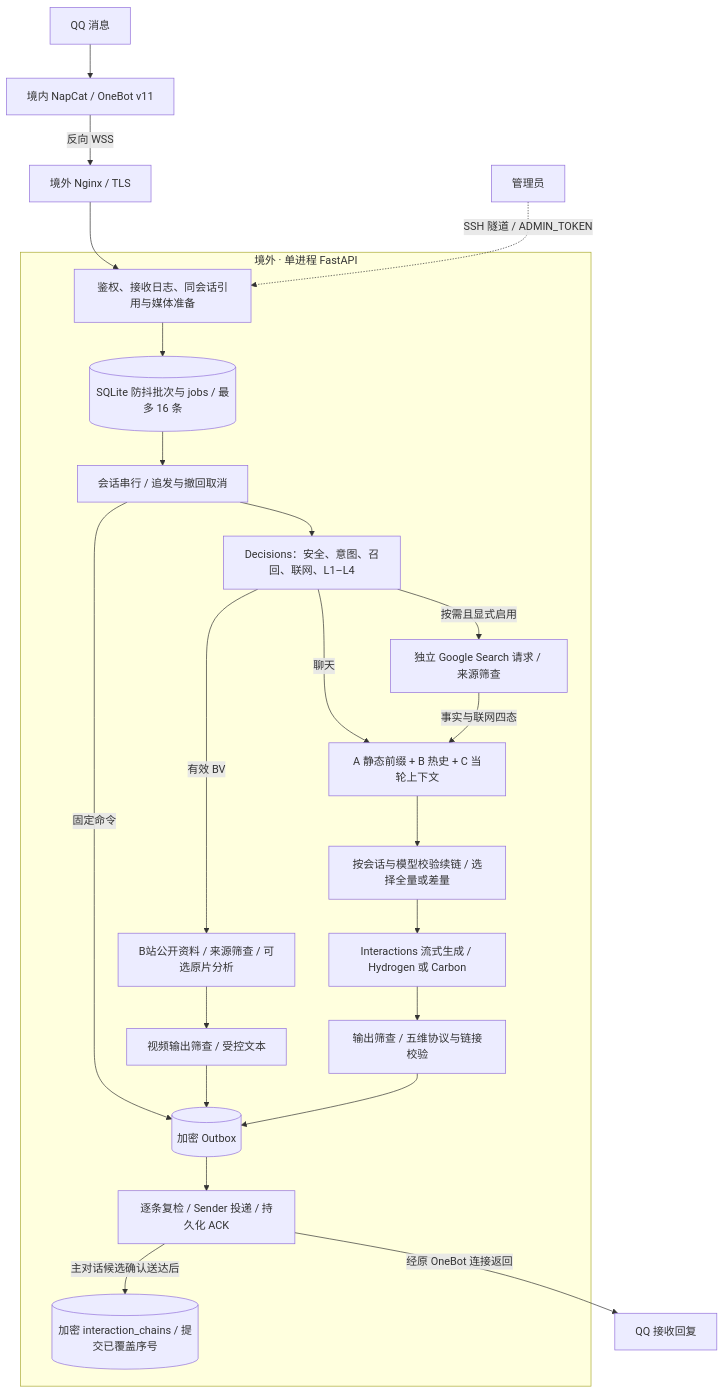
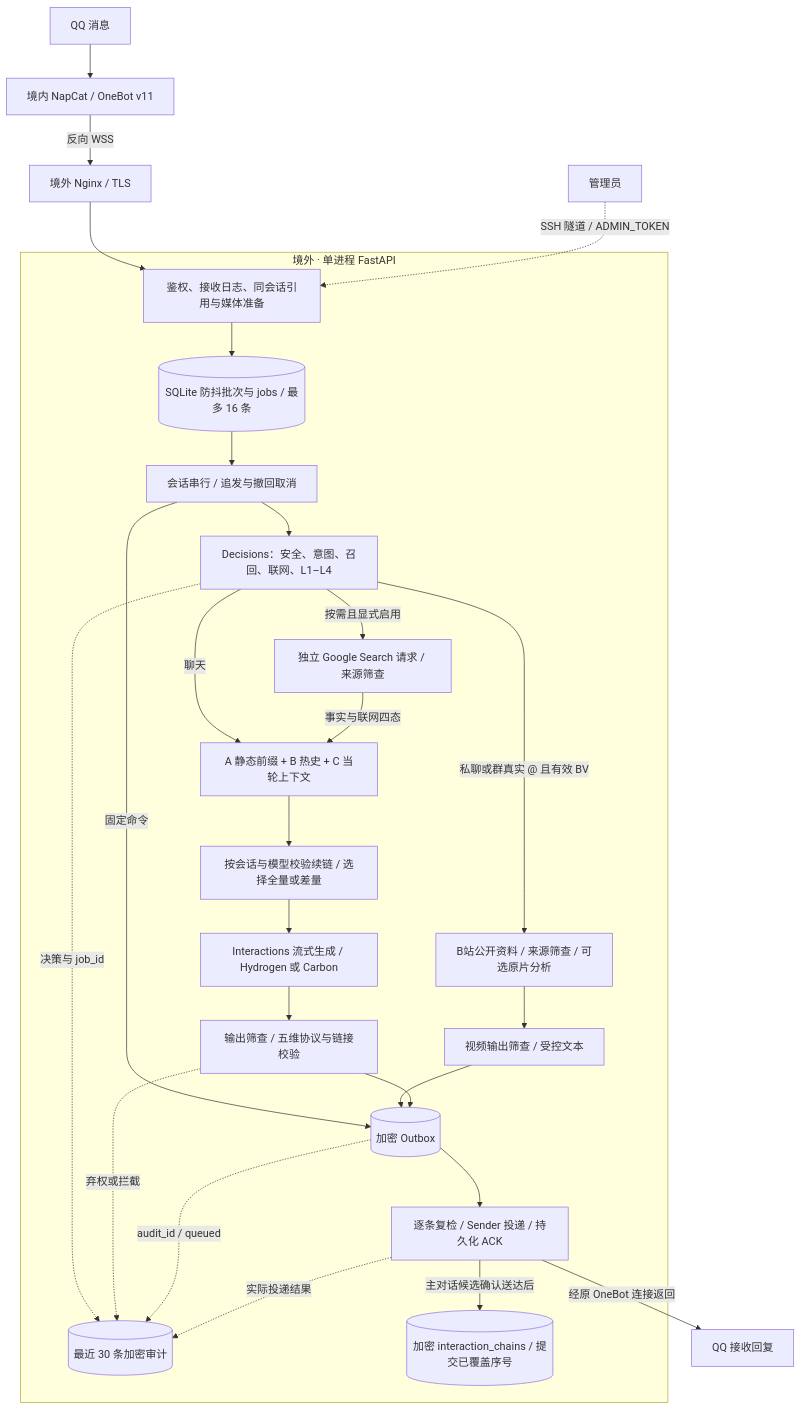
The diagram in README.md (FireOpalus/hakimi-surf), drawn with Mermaid before and after one commit. The commit also changed other lines of this file and 19 other files, not shown here.

Commit message:
Release v1.1.5: gate group videos and track delivery outcomes

````diff
--- a/README.md
+++ b/README.md
@@ -148,29 +148,33 @@
 ```mermaid
 flowchart TD
   QQ[QQ 消息] --> NapCat[境内 NapCat / OneBot v11]
   NapCat -->|反向 WSS| Nginx[境外 Nginx / TLS]
   Nginx --> Ingress
   Admin[管理员] -.SSH 隧道 / ADMIN_TOKEN.-> Ingress
 
   subgraph Backend[境外 · 单进程 FastAPI]
     Ingress[鉴权、接收日志、同会话引用与媒体准备]
     Ingress --> Queue[(SQLite 防抖批次与 jobs / 最多 16 条)]
     Queue --> Serial[会话串行 / 追发与撤回取消]
     Serial -->|固定命令| Outbox
     Serial --> Gate[Decisions：安全、意图、召回、联网、L1–L4]
     Gate -->|聊天| Context[A 静态前缀 + B 热史 + C 当轮上下文]
     Gate -->|按需且显式启用| Search[独立 Google Search 请求 / 来源筛查]
     Search -->|事实与联网四态| Context
-    Gate -->|有效 BV| Video[B站公开资料 / 来源筛查 / 可选原片分析]
+    Gate -->|私聊或群真实 @ 且有效 BV| Video[B站公开资料 / 来源筛查 / 可选原片分析]
     Context --> Chain[按会话与模型校验续链 / 选择全量或差量]
     Chain --> Chat[Interactions 流式生成 / Hydrogen 或 Carbon]
     Chat --> OutputGate[输出筛查 / 五维协议与链接校验]
     Video --> VideoOutput[视频输出筛查 / 受控文本]
     VideoOutput --> Outbox
     OutputGate --> Outbox[(加密 Outbox)]
     Outbox --> Delivery[逐条复检 / Sender 投递 / 持久化 ACK]
+    Gate -.决策与 job_id.-> Audit[(最近 30 条加密审计)]
+    OutputGate -.弃权或拦截.-> Audit
+    Outbox -.audit_id / queued.-> Audit
+    Delivery -.实际投递结果.-> Audit
     Delivery -->|主对话候选确认送达后| ChainStore[(加密 interaction_chains / 提交已覆盖序号)]
   end
 
   Delivery -->|经原 OneBot 连接返回| Reply[QQ 接收回复]
 ```
````
